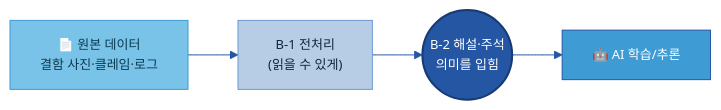
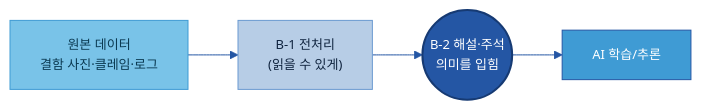
The first of 8 diagrams in B-2 데이터 해설·주석.md (bewhykearney/-), drawn with Mermaid before and after one commit. The commit also changed other lines of this file, not shown here.

Commit message:
Update B-2 데이터 해설·주석.md

````diff
--- a/B-2 데이터 해설·주석.md
+++ b/B-2 데이터 해설·주석.md
@@ -84,13 +84,13 @@
 ```mermaid
 %%{init: {'theme':'base','themeVariables':{'primaryColor':'#DCE8F5','primaryBorderColor':'#2456A4','primaryTextColor':'#10243f','lineColor':'#2456A4','clusterBkg':'#EEF4FB','clusterBorder':'#6B9AD1','fontSize':'13px'}}}%%
 flowchart LR
-    RAW["📄 원본 데이터<br/>결함 사진·클레임·로그"]:::src
+    RAW[" 원본 데이터<br/>결함 사진·클레임·로그"]:::src
     B1["B-1 전처리<br/>(읽을 수 있게)"]:::n
     B2(("B-2 해설·주석<br/>의미를 입힘")):::cat
-    AI["🤖 AI 학습/추론"]:::gate
+    AI[" AI 학습/추론"]:::gate
     RAW --> B1 --> B2 --> AI
     classDef n fill:#B7CDE6,stroke:#6B9AD1,color:#10243f;
     classDef src fill:#79C3E8,stroke:#3F9BD4,color:#0b3a52;
     classDef cat fill:#2456A4,color:#fff,stroke:#163a73,stroke-width:2px;
     classDef gate fill:#3F9BD4,stroke:#2456A4,color:#fff;
 ```
````
